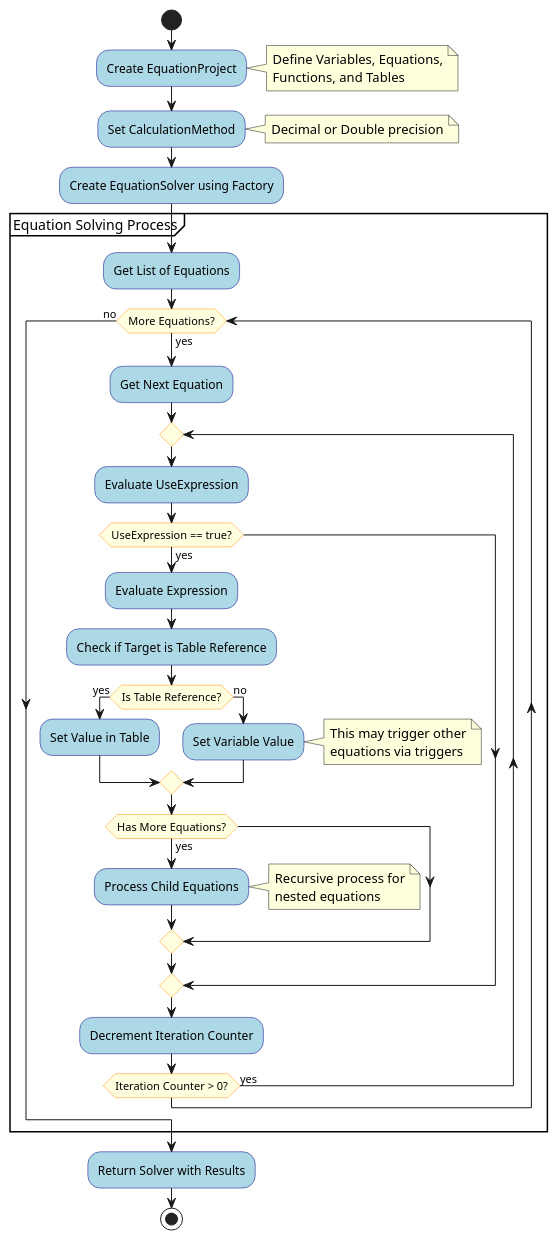
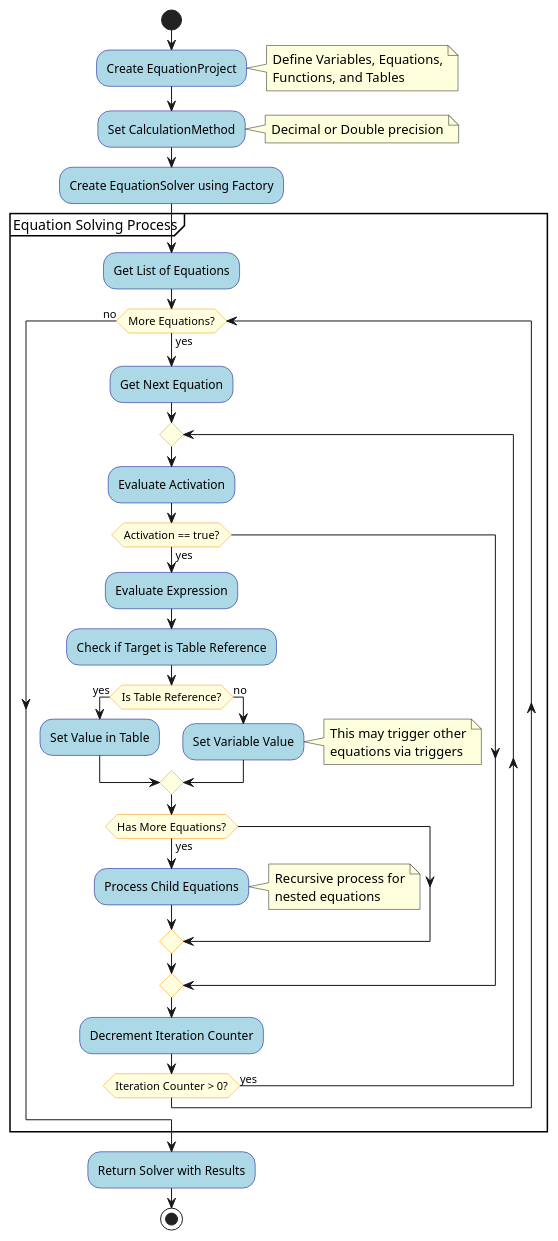
Before and after one commit to JeffBramlett/EquationSolvr: the diagram in plantuml/activity_diagram.puml, drawn with PlantUML. The commit also changed 8 other files, not shown here.

Commit message:
Update PlantUML diagrams: rename UseExpression to Activation and add new diagrams

```diff
--- a/plantuml/activity_diagram.puml
+++ b/plantuml/activity_diagram.puml
@@ -1,65 +1,65 @@
 @startuml EquationSolver Activity Diagram
 
 skinparam activityBackgroundColor LightBlue
 skinparam activityBorderColor DarkBlue
 skinparam activityDiamondBackgroundColor LightYellow
 skinparam activityDiamondBorderColor DarkOrange
 
 start
 
 :Create EquationProject;
 note right
   Define Variables, Equations,
   Functions, and Tables
 end note
 
 :Set CalculationMethod;
 note right
   Decimal or Double precision
 end note
 
 :Create EquationSolver using Factory;
 
 partition "Equation Solving Process" {
   :Get List of Equations;
   
   while (More Equations?) is (yes)
     :Get Next Equation;
     
     repeat
-      :Evaluate UseExpression;
+      :Evaluate Activation;
       
-      if (UseExpression == true?) then (yes)
+      if (Activation == true?) then (yes)
         :Evaluate Expression;
         
         :Check if Target is Table Reference;
         
         if (Is Table Reference?) then (yes)
           :Set Value in Table;
         else (no)
           :Set Variable Value;
           note right
             This may trigger other
             equations via triggers
           end note
         endif
         
         if (Has More Equations?) then (yes)
           :Process Child Equations;
           note right
             Recursive process for
             nested equations
           end note
         endif
       endif
       
       :Decrement Iteration Counter;
     repeat while (Iteration Counter > 0?) is (yes)
   endwhile (no)
 }
 
 :Return Solver with Results;
 
 stop
 
 @enduml
```
